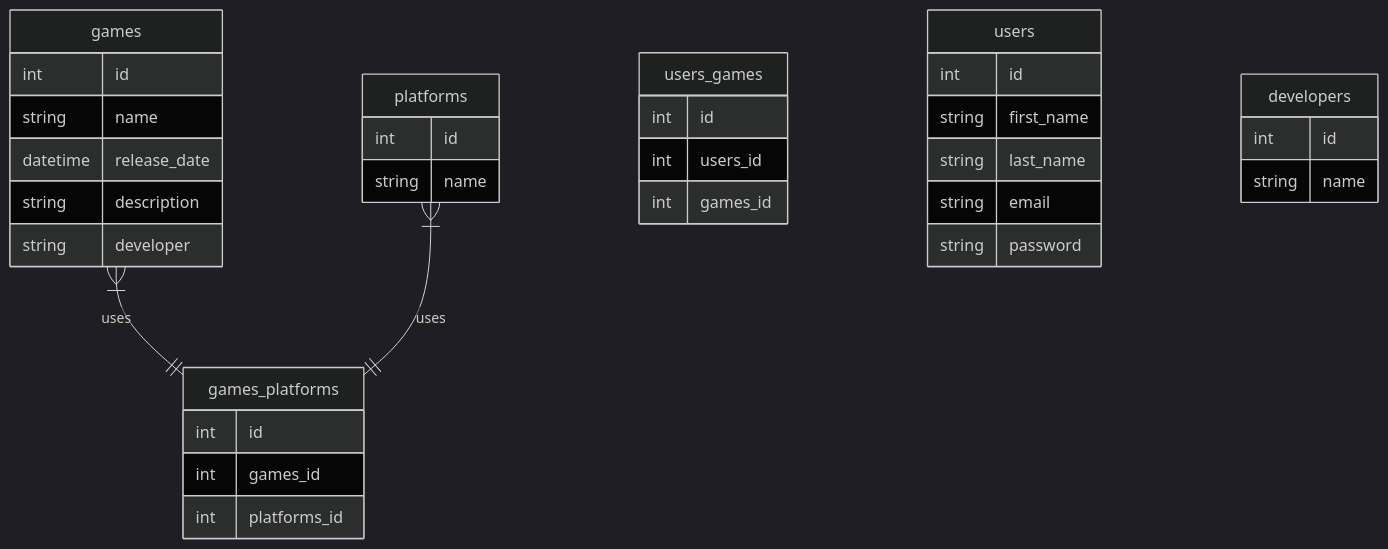
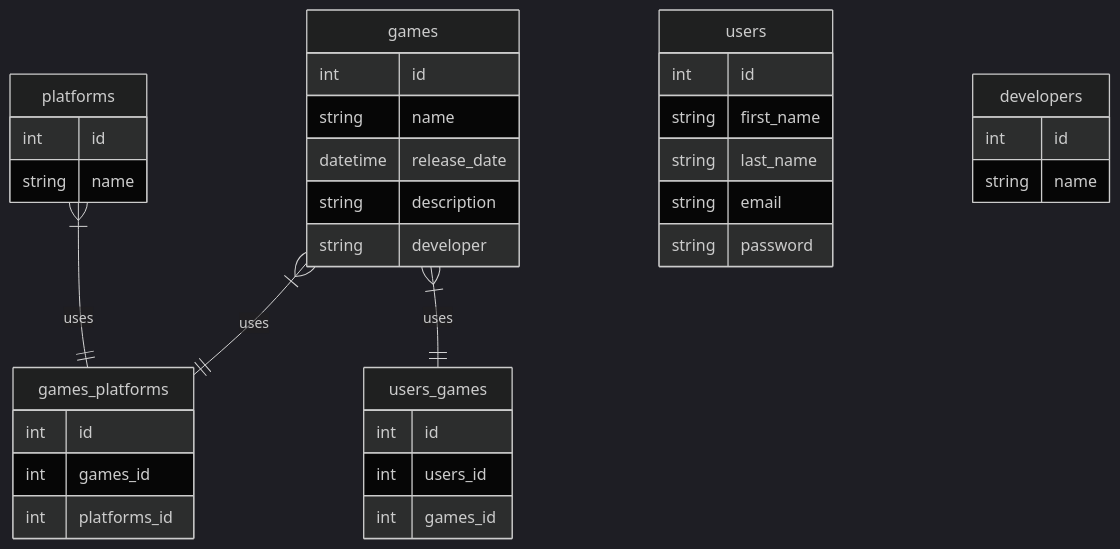
Before and after one commit to Haikira/VGLogger: the second of 2 diagrams in README.md, drawn with Mermaid.

````diff
--- a/README.md
+++ b/README.md
@@ -39,42 +39,43 @@
 ``` mermaid
 %%{init: {'theme': 'dark' } }%%
 
 erDiagram
 
         games {
                 int id
                 string name
                 datetime release_date
                 string description
                 string developer
         }
         platforms {
                 int id
                 string name                
         }
         games_platforms {
                 int id
                 int games_id
                 int platforms_id
         }
         users_games {
                 int id
                 int users_id
                 int games_id
         }
         users {
                 int id
                 string first_name
                 string last_name
                 string email
                 string password
         }
         developers {
                 int id
                 string name
         }
         
         games }|--|| games_platforms: "uses"
         platforms }|--|| games_platforms: "uses"
+        games }|--|| users_games: "uses"
 
 ```
````
